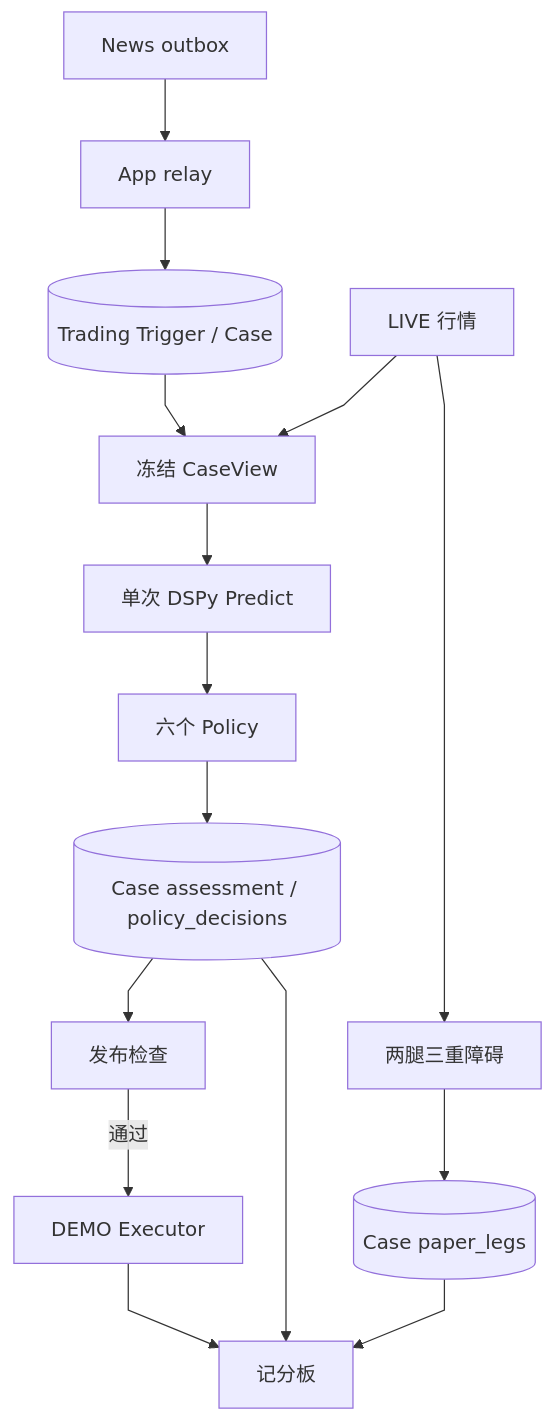
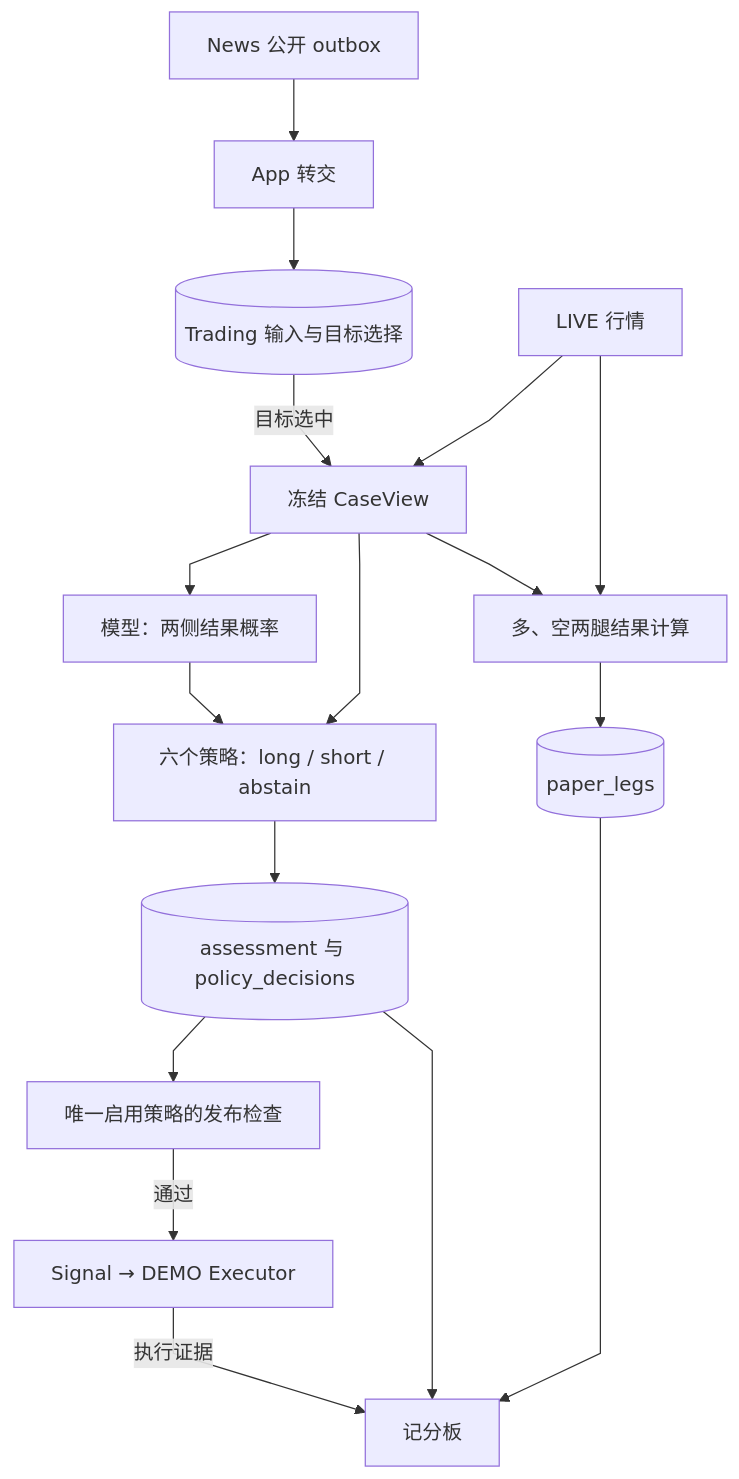
The diagram in docs/modules/trading.md (AnalyThothAI/tracefold), drawn with Mermaid before and after one commit. The commit also changed other lines of this file and 10 other files, not shown here.

Commit message:
docs: clarify design flows and technical terminology

````diff
--- a/docs/modules/trading.md
+++ b/docs/modules/trading.md
@@ -7,25 +44,27 @@
 ```mermaid
 ---
 config:
   fontFamily: "system-ui, Noto Sans CJK SC, Microsoft YaHei, WenQuanYi Zen Hei, sans-serif"
   flowchart:
     curve: linear
 ---
 flowchart TB
-  accTitle: Trading 分析与执行数据流
-  accDescr: News 公开事实经应用转交成为 Trading 输入，LIVE 行情冻结模型输入和纸面标签，六策略经过发布检查产生 DEMO 执行请求；分析、标签和执行证据共同进入记分板。
-  N[News outbox] --> R[App relay]
-  R --> T[(Trading Trigger / Case)]
-  L[LIVE 行情] --> V[冻结 CaseView]
-  T --> V
-  V --> A[单次 DSPy Predict]
-  A --> P[六个 Policy]
-  P --> D[(Case assessment / policy_decisions)]
-  D --> S[发布检查]
-  S -->|通过| E[DEMO Executor]
-  L --> B[两腿三重障碍]
-  B --> F[(Case paper_legs)]
-  D --> Q[记分板]
+  accTitle: Trading 研究、发布与结果标签
+  accDescr: News 公开事实经 App 转交形成 Trading 输入。选中目标后冻结 LIVE CaseView，模型给出预测，六个策略各自产生动作。唯一启用策略通过发布检查后写入 Signal；纸面标签独立使用 LIVE 行情，Executor 独立确认 DEMO 执行证据。
+  N["News 公开 outbox"] --> R["App 转交"]
+  R --> T[("Trading 输入与目标选择")]
+  T -->|目标选中| V["冻结 CaseView"]
+  L["LIVE 行情"] --> V
+  V --> A["模型：两侧结果概率"]
+  V --> P["六个策略：long / short / abstain"]
+  A --> P
+  P --> D[("assessment 与 policy_decisions")]
+  D --> S["唯一启用策略的发布检查"]
+  S -->|通过| E["Signal → DEMO Executor"]
+  L --> B["多、空两腿结果计算"]
+  V --> B
+  B --> F[("paper_legs")]
+  D --> Q["记分板"]
   F --> Q
-  E --> Q
+  E -->|执行证据| Q
 ```
````
